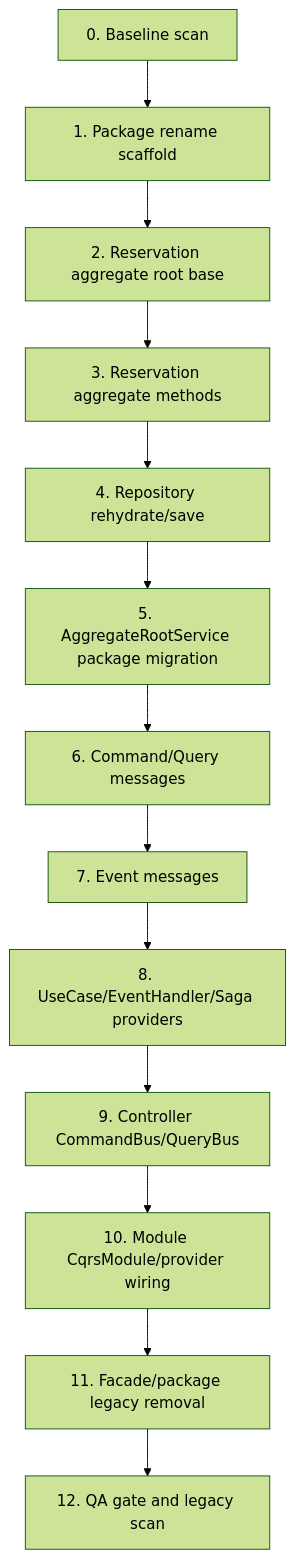
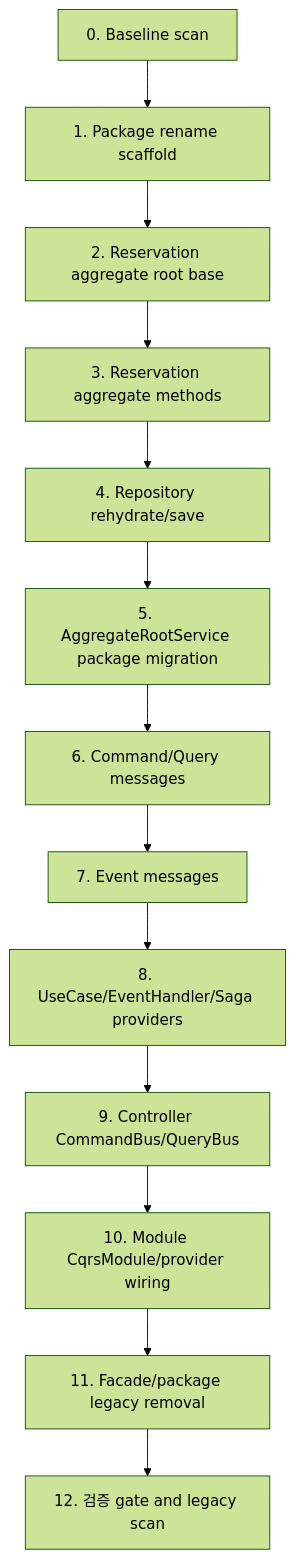
Before and after one commit to kimjoongwon/prj-core: the first of 2 diagrams in docs/backend/cqrs-usecase-migration.md, drawn with Mermaid (forest theme). The commit also changed other lines of this file and 413 other files, not shown here.

````diff
--- a/docs/backend/cqrs-usecase-migration.md
+++ b/docs/backend/cqrs-usecase-migration.md
@@ -248,15 +248,15 @@
 ```mermaid
 flowchart TD
   P0["0. Baseline scan"] --> P1["1. Package rename scaffold"]
   P1 --> P2["2. Reservation aggregate root base"]
   P2 --> P3["3. Reservation aggregate methods"]
   P3 --> P4["4. Repository rehydrate/save"]
   P4 --> P5["5. AggregateRootService package migration"]
   P5 --> P6["6. Command/Query messages"]
   P6 --> P7["7. Event messages"]
   P7 --> P8["8. UseCase/EventHandler/Saga providers"]
   P8 --> P9["9. Controller CommandBus/QueryBus"]
   P9 --> P10["10. Module CqrsModule/provider wiring"]
   P10 --> P11["11. Facade/package legacy removal"]
-  P11 --> P12["12. QA gate and legacy scan"]
+  P11 --> P12["12. 검증 gate and legacy scan"]
 ```
````
